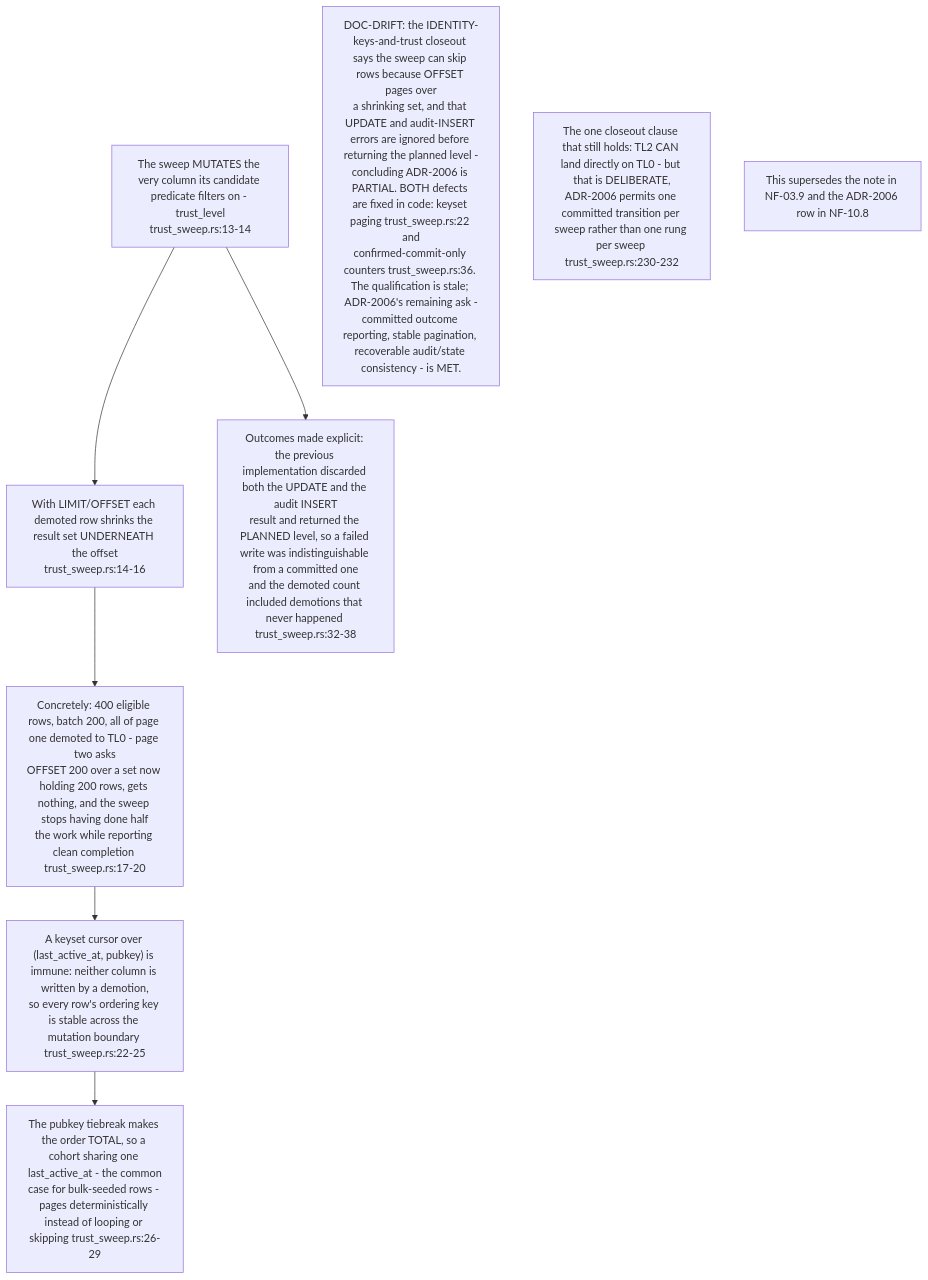
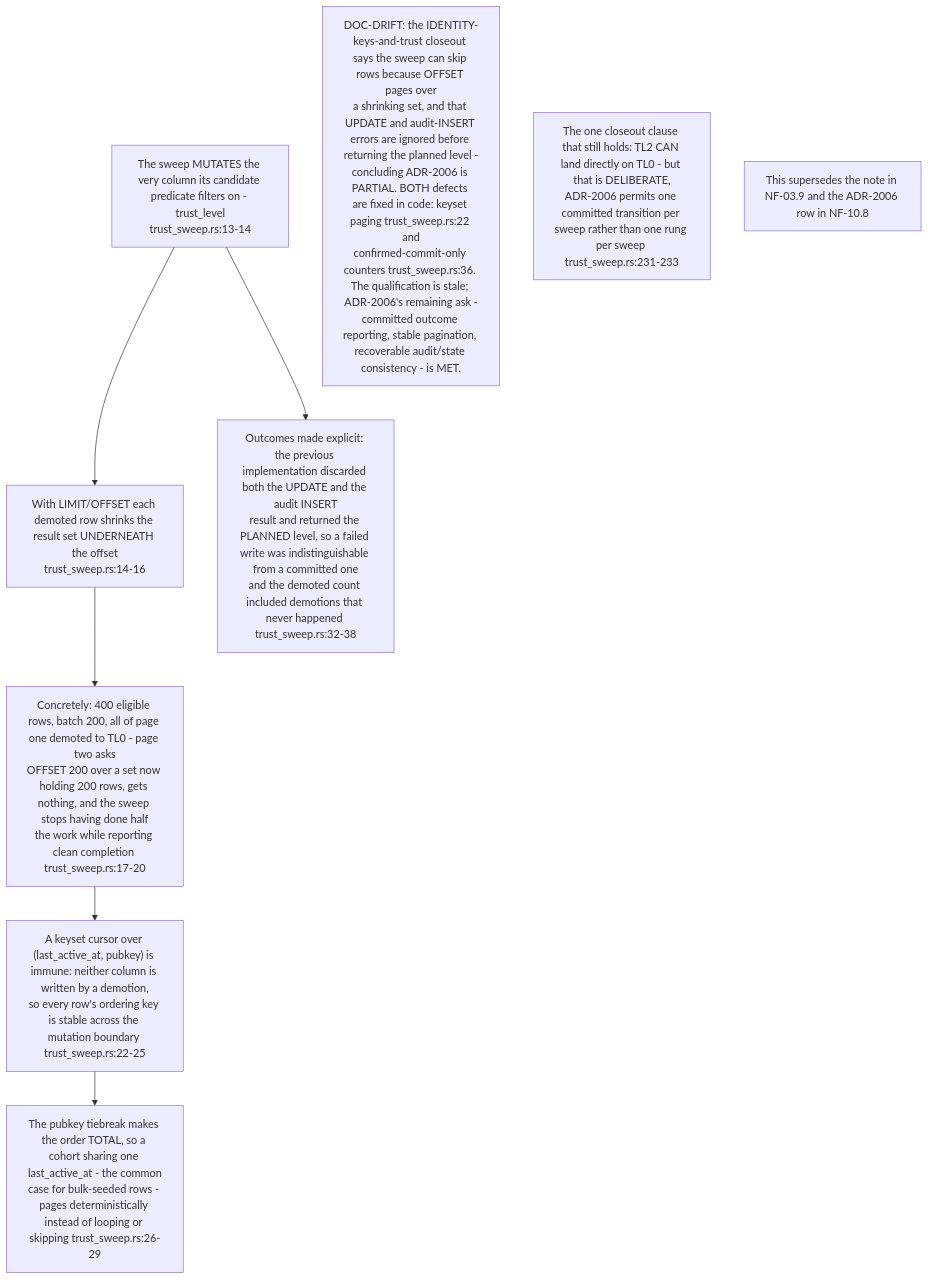
One commit to DreamLab-AI/VisionFlow changed diagram 11 of 16 in docs/diagrams/nostr-rust-forum/11-relay-durable-object-internals.md. Above: the diagram before and after it, drawn with Mermaid. The commit also changed other lines of this file and 17 other files, not shown here.

````diff
--- a/docs/diagrams/nostr-rust-forum/11-relay-durable-object-internals.md
+++ b/docs/diagrams/nostr-rust-forum/11-relay-durable-object-internals.md
@@ -342,16 +344,16 @@
 ```mermaid
 flowchart TB
     PROB["The sweep MUTATES the very column its candidate predicate filters on - trust_level<br/>trust_sweep.rs:13-14"]
     OFF["With LIMIT/OFFSET each demoted row shrinks the result set UNDERNEATH the offset<br/>trust_sweep.rs:14-16"]
     CONC["Concretely: 400 eligible rows, batch 200, all of page one demoted to TL0 - page two asks<br/>OFFSET 200 over a set now holding 200 rows, gets nothing, and the sweep stops having done half<br/>the work while reporting clean completion trust_sweep.rs:17-20"]
     FIX["A keyset cursor over (last_active_at, pubkey) is immune: neither column is written by a demotion,<br/>so every row's ordering key is stable across the mutation boundary trust_sweep.rs:22-25"]
     TIE["The pubkey tiebreak makes the order TOTAL, so a cohort sharing one last_active_at - the common<br/>case for bulk-seeded rows - pages deterministically instead of looping or skipping trust_sweep.rs:26-29"]
     OUT["Outcomes made explicit: the previous implementation discarded both the UPDATE and the audit INSERT<br/>result and returned the PLANNED level, so a failed write was indistinguishable from a committed one<br/>and the demoted count included demotions that never happened trust_sweep.rs:32-38"]
 
     PROB --> OFF --> CONC --> FIX --> TIE
     PROB --> OUT
 
     N1["DOC-DRIFT: the IDENTITY-keys-and-trust closeout says the sweep can skip rows because OFFSET pages over<br/>a shrinking set, and that UPDATE and audit-INSERT errors are ignored before returning the planned level -<br/>concluding ADR-2006 is PARTIAL. BOTH defects are fixed in code: keyset paging trust_sweep.rs:22 and<br/>confirmed-commit-only counters trust_sweep.rs:36. The qualification is stale; ADR-2006's remaining ask -<br/>committed outcome reporting, stable pagination, recoverable audit/state consistency - is MET."]
-    N2["The one closeout clause that still holds: TL2 CAN land directly on TL0 - but that is DELIBERATE,<br/>ADR-2006 permits one committed transition per sweep rather than one rung per sweep trust_sweep.rs:230-232"]
+    N2["The one closeout clause that still holds: TL2 CAN land directly on TL0 - but that is DELIBERATE,<br/>ADR-2006 permits one committed transition per sweep rather than one rung per sweep trust_sweep.rs:231-233"]
     N3["This supersedes the note in NF-03.9 and the ADR-2006 row in NF-10.8"]
 ```
````
